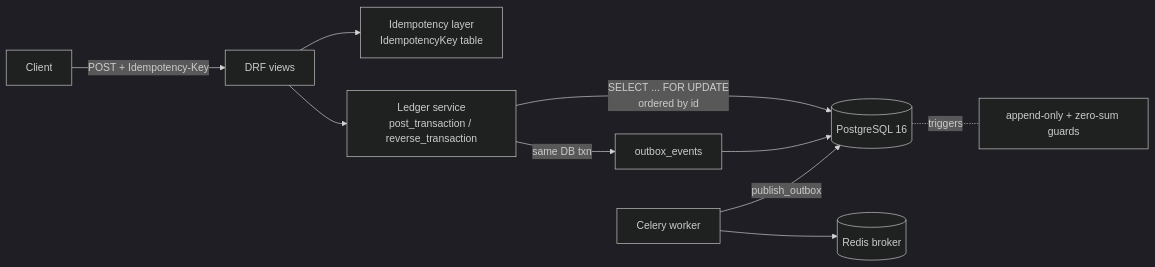
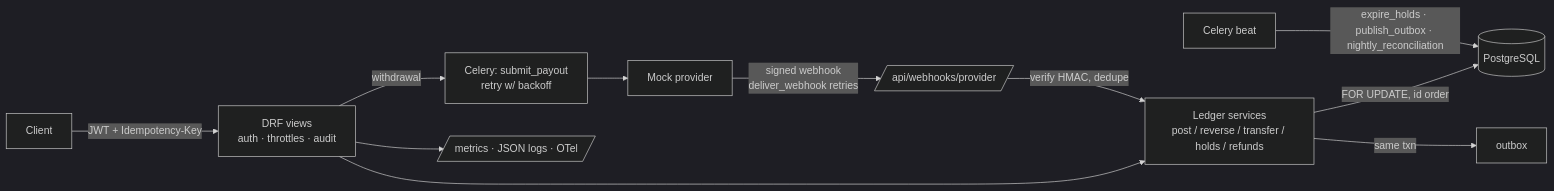
The diagram in README.md (Brownie-08/Ledger), drawn with Mermaid (dark theme) before and after one commit. The commit also changed other lines of this file and 2 other files, not shown here.

Commit message:
Add end-to-end demo script, OpenAPI schema, full README

````diff
--- a/README.md
+++ b/README.md
@@ -20,12 +33,13 @@
 ```mermaid
 flowchart LR
-    C[Client] -->|POST + Idempotency-Key| API[DRF views]
-    API --> IDEM[Idempotency layer<br/>IdempotencyKey table]
-    API --> SVC[Ledger service<br/>post_transaction / reverse_transaction]
-    SVC -->|SELECT ... FOR UPDATE<br/>ordered by id| PG[(PostgreSQL 16)]
-    SVC -->|same DB txn| OUT[outbox_events]
-    OUT --> PG
-    W[Celery worker] -->|publish_outbox| PG
-    W --> R[(Redis broker)]
-    PG -. triggers .- G[append-only + zero-sum guards]
+    C[Client] -->|JWT + Idempotency-Key| API[DRF views<br/>auth · throttles · audit]
+    API --> SVC[Ledger services<br/>post / reverse / transfer / holds / refunds]
+    SVC -->|FOR UPDATE, id order| PG[(PostgreSQL)]
+    SVC -->|same txn| OUT[outbox]
+    API -->|withdrawal| Q[Celery: submit_payout<br/>retry w/ backoff]
+    Q --> P[Mock provider]
+    P -->|signed webhook<br/>deliver_webhook retries| WH[/api/webhooks/provider/]
+    WH -->|verify HMAC, dedupe| SVC
+    B[Celery beat] -->|expire_holds · publish_outbox · nightly_reconciliation| PG
+    API --> M[/metrics · JSON logs · OTel/]
 ```
````
